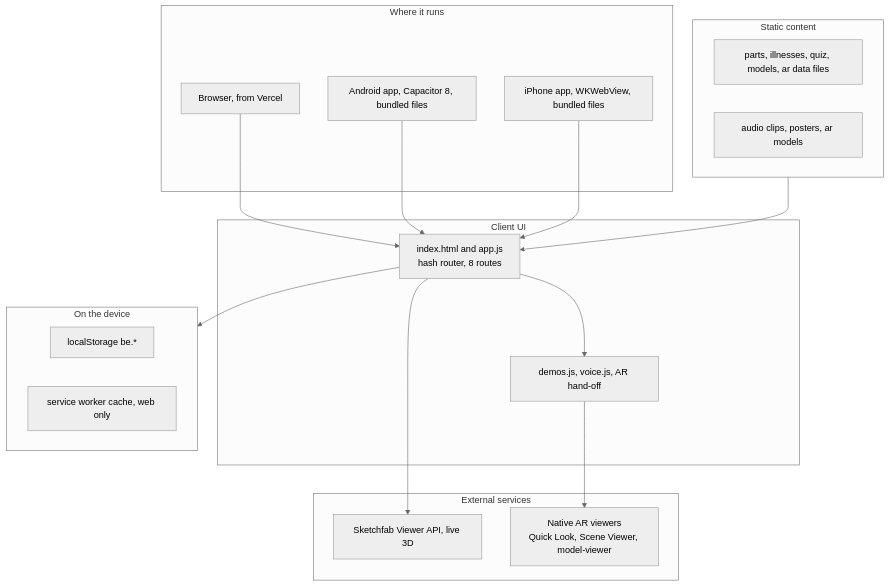
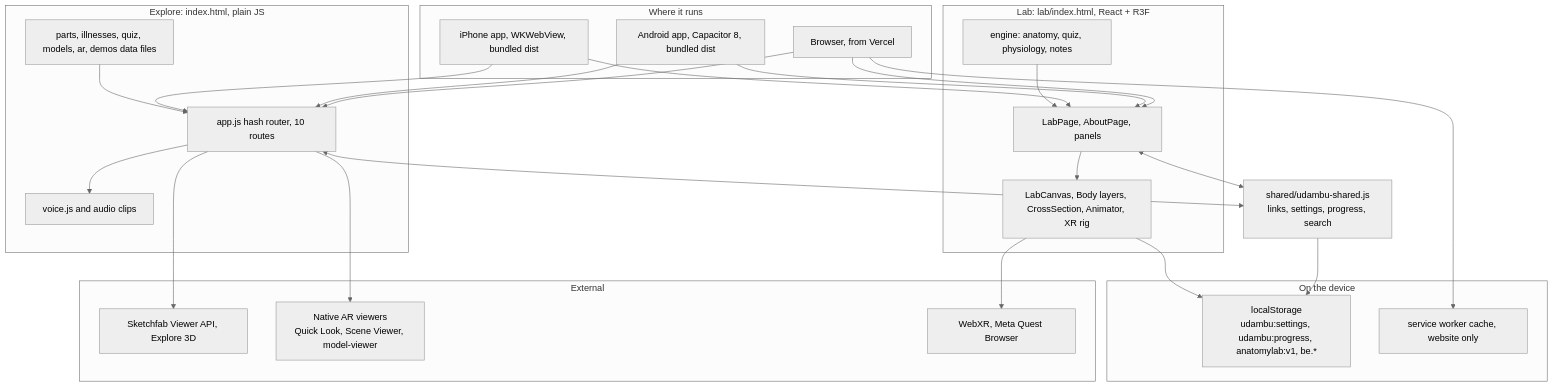
The first of 9 diagrams in ARCHITECTURE.md (tgopinath/udambu), drawn with Mermaid (neutral theme) before and after one commit. The commit also changed other lines of this file and 88 other files, not shown here.

First line of the commit message:
Udambu 2.0: one app, two levels. Explore (plain words, 3D, voice, AR, quiz) + Lab (the Anatomy Lab 3D/VR atlas)

````diff
--- a/ARCHITECTURE.md
+++ b/ARCHITECTURE.md
@@ -15,32 +27,46 @@
 ```mermaid
 flowchart TD
-  subgraph NAT["Where it runs"]
+  subgraph RUN["Where it runs"]
     WEB["Browser, from Vercel"]
-    AND["Android app, Capacitor 8, bundled files"]
-    IOS["iPhone app, WKWebView, bundled files"]
+    AND["Android app, Capacitor 8, bundled dist"]
+    IOS["iPhone app, WKWebView, bundled dist"]
   end
-  subgraph UI["Client UI"]
-    APP["index.html and app.js<br>hash router, 8 routes"]
-    PARTS["demos.js, voice.js, AR hand-off"]
+  subgraph EXP["Explore: index.html, plain JS"]
+    EAPP["app.js hash router, 10 routes"]
+    EDATA["parts, illnesses, quiz, models, ar, demos data files"]
+    EV["voice.js and audio clips"]
   end
-  subgraph DATA["Static content"]
-    D1["parts, illnesses, quiz, models, ar data files"]
-    D2["audio clips, posters, ar models"]
+  subgraph LABP["Lab: lab/index.html, React + R3F"]
+    LUI["LabPage, AboutPage, panels"]
+    L3D["LabCanvas, Body layers, CrossSection, Animator, XR rig"]
+    LENG["engine: anatomy, quiz, physiology, notes"]
   end
-  subgraph ST["On the device"]
-    LS["localStorage be.*"]
-    SW["service worker cache, web only"]
+  SH["shared/udambu-shared.js<br>links, settings, progress, search"]
+  subgraph DEV["On the device"]
+    LS["localStorage<br>udambu:settings, udambu:progress, anatomylab:v1, be.*"]
+    SW["service worker cache, website only"]
   end
-  subgraph EXT["External services"]
-    SF["Sketchfab Viewer API, live 3D"]
-    AV["Native AR viewers<br>Quick Look, Scene Viewer, model-viewer"]
+  subgraph EXT["External"]
+    SF["Sketchfab Viewer API, Explore 3D"]
+    ARV["Native AR viewers<br>Quick Look, Scene Viewer, model-viewer"]
+    XR["WebXR, Meta Quest Browser"]
   end
-  WEB --> APP
-  AND --> APP
-  IOS --> APP
-  APP --> PARTS
-  DATA --> APP
-  APP --> ST
-  APP --> SF
-  PARTS --> AV
+  WEB --> EAPP
+  AND --> EAPP
+  IOS --> EAPP
+  WEB --> LUI
+  AND --> LUI
+  IOS --> LUI
+  EDATA --> EAPP
+  EAPP --> EV
+  EAPP <--> SH
+  LUI <--> SH
+  LUI --> L3D
+  LENG --> LUI
+  SH --> LS
+  L3D --> LS
+  EAPP --> SF
+  EAPP --> ARV
+  L3D --> XR
+  WEB --> SW
 ```
````
